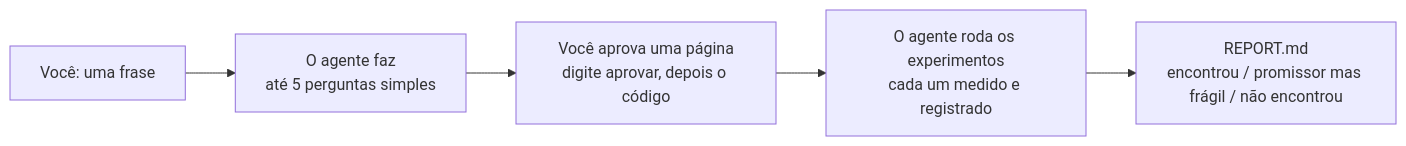
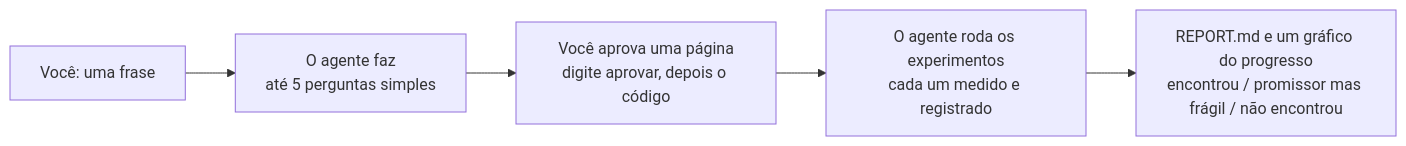
The diagram in README.pt-BR.md (FrancyJGLisboa/honestlab), drawn with Mermaid before and after one commit. The commit also changed other lines of this file and 27 other files, not shown here.

````diff
--- a/README.pt-BR.md
+++ b/README.pt-BR.md
@@ -48,7 +48,7 @@
 ```mermaid
 flowchart LR
     A["Você: uma frase"] --> B["O agente faz<br/>até 5 perguntas simples"]
     B --> C["Você aprova uma página<br/>digite aprovar, depois o código"]
     C --> D["O agente roda os experimentos<br/>cada um medido e registrado"]
-    D --> E["REPORT.md<br/>encontrou / promissor mas frágil / não encontrou"]
+    D --> E["REPORT.md e um gráfico do progresso<br/>encontrou / promissor mas frágil / não encontrou"]
 ```
````
